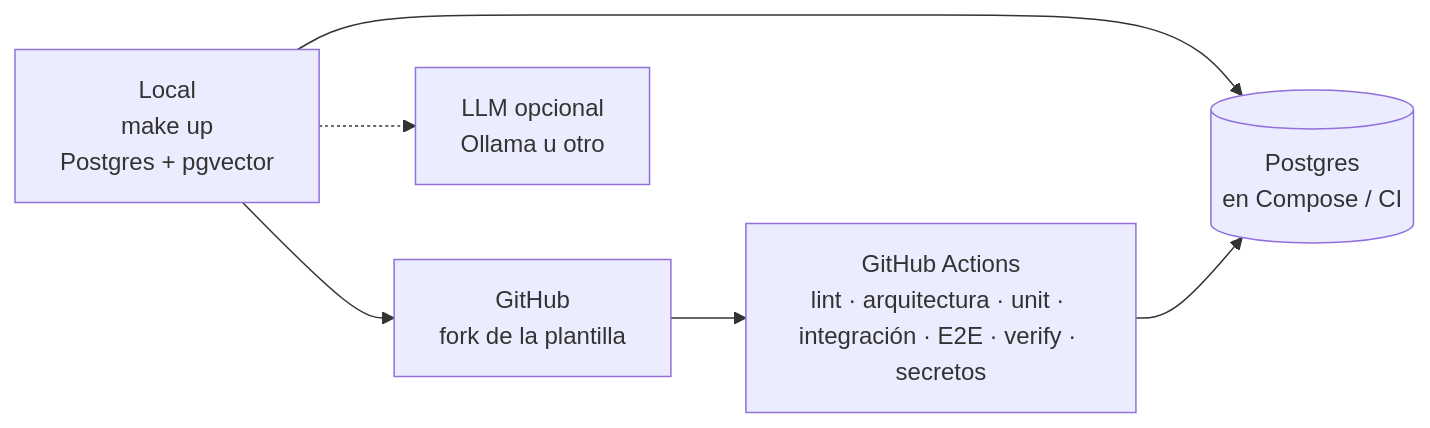
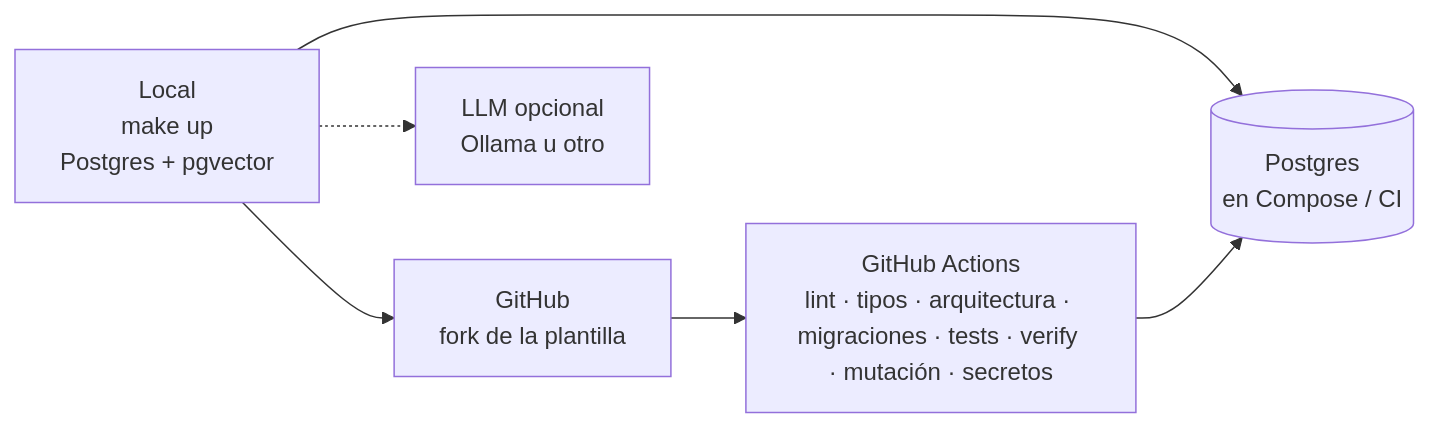
The second of 3 diagrams in readme.md (DisTinta/AI4Devs-finalproject), drawn with Mermaid before and after one commit. The commit also changed other lines of this file, not shown here.

First line of the commit message:
docs(DIS-101): bring the readme status, install, API and tests to Entrega 2

````diff
--- a/readme.md
+++ b/readme.md
@@ -580,13 +656,13 @@
 ```mermaid
 flowchart LR
     DEV["Local<br/>make up<br/>Postgres + pgvector"]
     GH["GitHub<br/>fork de la plantilla"]
-    CI["GitHub Actions<br/>lint · arquitectura · unit · integración · E2E · verify · secretos"]
+    CI["GitHub Actions<br/>lint · tipos · arquitectura · migraciones · tests · verify · mutación · secretos"]
     DB[("Postgres<br/>en Compose / CI")]
     LLM["LLM opcional<br/>Ollama u otro"]
 
     DEV --> GH --> CI
     DEV --> DB
     CI --> DB
     DEV -.-> LLM
 ```
````
